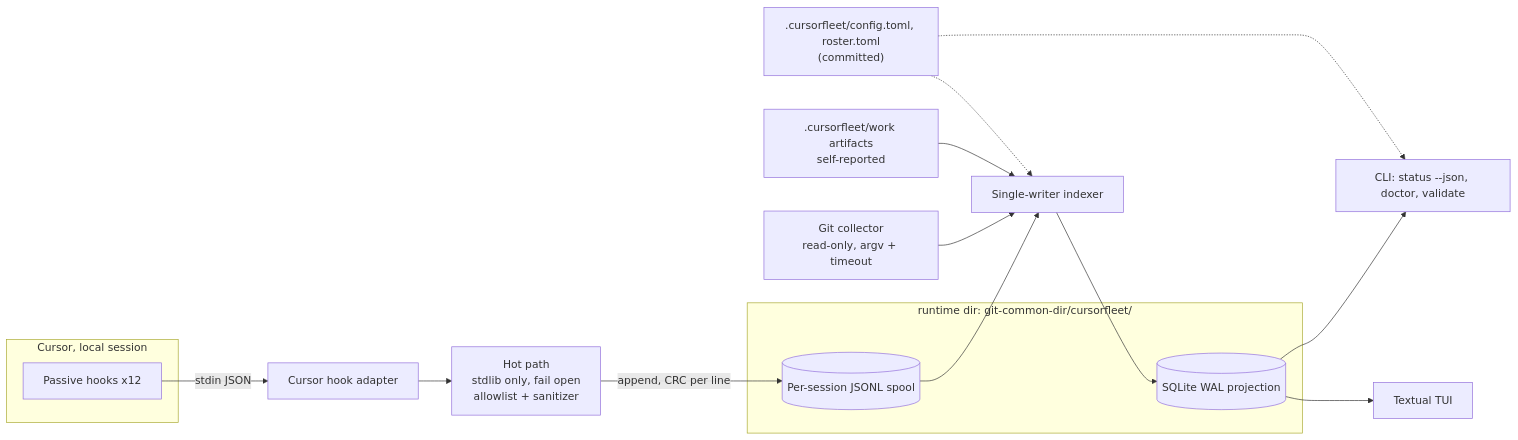
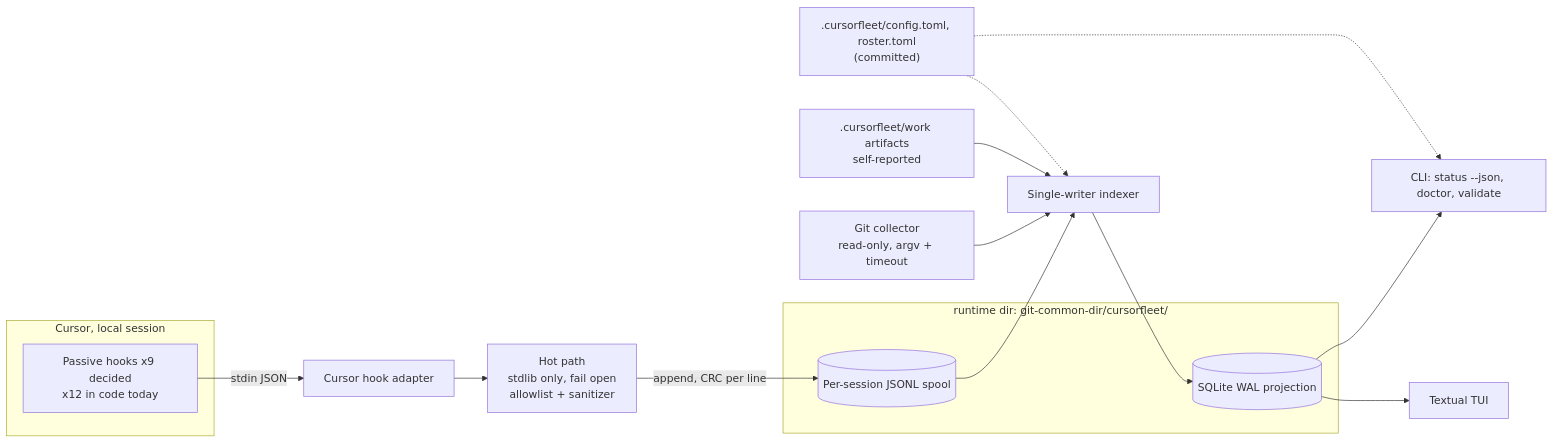
Before and after one commit to M9nx/cursorfleet: the diagram in docs/architecture.md, drawn with Mermaid. The commit also changed other lines of this file, not shown here.

Commit message:
docs(architecture): note nine-hook decision, ADR 0002 divergences and best-effort telemetry

````diff
--- a/docs/architecture.md
+++ b/docs/architecture.md
@@ -8,21 +10,21 @@
 ```mermaid
 flowchart LR
     subgraph cursor[Cursor, local session]
-        hooks[Passive hooks x12]
+        hooks[Passive hooks x9 decided<br/>x12 in code today]
     end
     hooks -- stdin JSON --> adapter[Cursor hook adapter]
     adapter --> hot[Hot path<br/>stdlib only, fail open<br/>allowlist + sanitizer]
     hot -- append, CRC per line --> spool[(Per-session JSONL spool)]
     spool --> indexer[Single-writer indexer]
     git[Git collector<br/>read-only, argv + timeout] --> indexer
     work[".cursorfleet/work artifacts<br/>self-reported"] --> indexer
     indexer --> db[(SQLite WAL projection)]
     db --> cli[CLI: status --json, doctor, validate]
     db --> tui[Textual TUI]
     subgraph disk["runtime dir: git-common-dir/cursorfleet/"]
         spool
         db
     end
     cfg[".cursorfleet/config.toml, roster.toml<br/>(committed)"] -.-> cli
     cfg -.-> indexer
 ```
````
